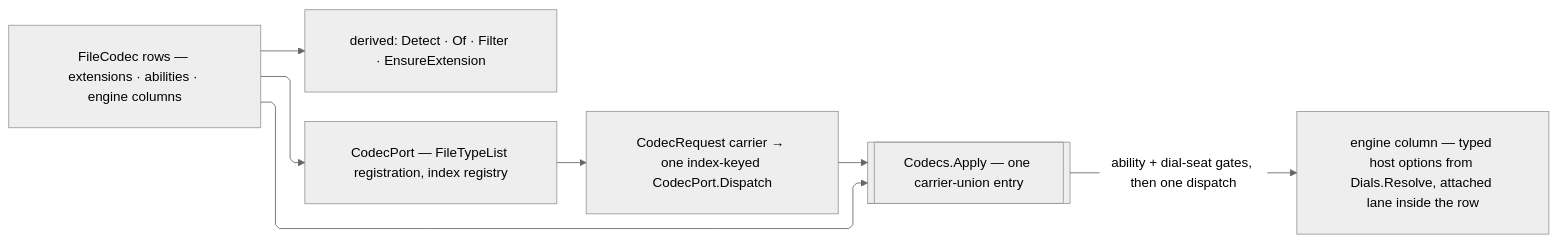
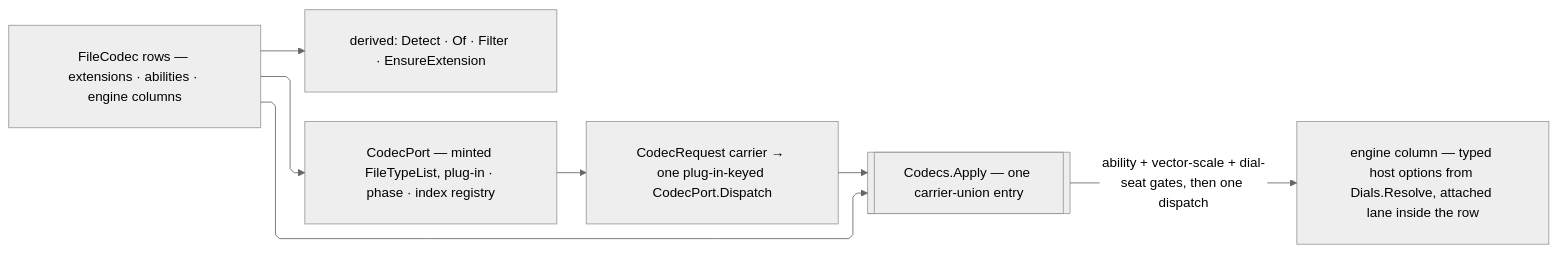
The diagram in libs/csharp/Rasm.Rhino/.planning/Exchange/formats.md (bsamiee/Rasm), drawn with Mermaid (neutral theme) before and after one commit. The commit also changed other lines of this file and 693 other files, not shown here.

````diff
--- a/libs/csharp/Rasm.Rhino/.planning/Exchange/formats.md
+++ b/libs/csharp/Rasm.Rhino/.planning/Exchange/formats.md
@@ -535,18 +558,18 @@
 ```mermaid
 ---
 config:
   layout: elk
   flowchart:
     curve: linear
     padding: 25
 ---
 flowchart LR
     accTitle: Codec matrix dispatch topology
-    accDescr: FileCodec rows feed derived lookup surfaces, one carrier-union entry with ability and dial-seat gates, and the host dialog port whose callbacks route back onto that entry.
+    accDescr: FileCodec rows feed derived lookup surfaces, one carrier-union entry with ability, vector-scale, and dial-seat gates, and the host dialog port whose minted file-type list and plug-in-keyed registry route callbacks back onto that entry.
     Rows["FileCodec rows — extensions · abilities · engine columns"] --> Lookup["derived: Detect · Of · Filter · EnsureExtension"]
     Rows --> Entry[["Codecs.Apply — one carrier-union entry"]]
-    Entry -->|ability + dial-seat gates, then one dispatch| Direct["engine column — typed host options from Dials.Resolve, attached lane inside the row"]
-    Rows --> Port["CodecPort — FileTypeList registration, index registry"]
-    Port --> Dialog["CodecRequest carrier → one index-keyed CodecPort.Dispatch"]
+    Entry -->|ability + vector-scale + dial-seat gates, then one dispatch| Direct["engine column — typed host options from Dials.Resolve, attached lane inside the row"]
+    Rows --> Port["CodecPort — minted FileTypeList, plug-in · phase · index registry"]
+    Port --> Dialog["CodecRequest carrier → one plug-in-keyed CodecPort.Dispatch"]
     Dialog --> Entry
 ```
````
